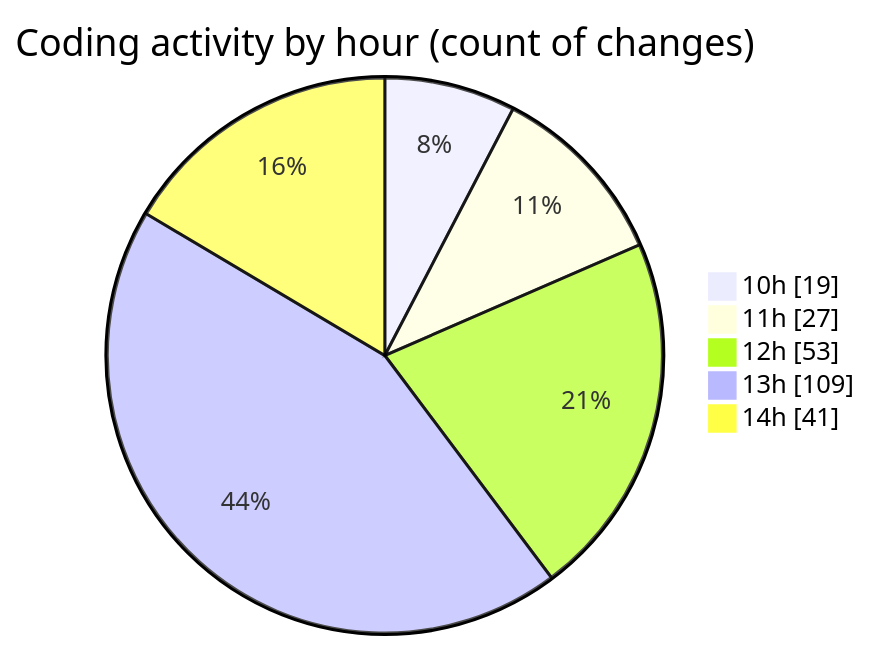
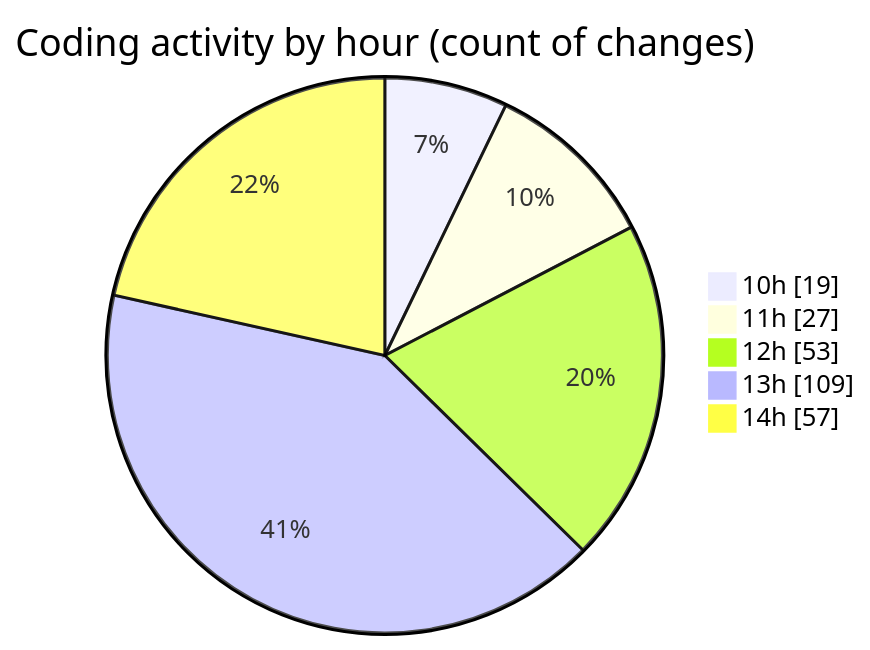
Before and after one commit to momahboobian/code-tracking: the second of 2 diagrams in 2025-03-18/cda/README.md, drawn with Mermaid. The commit also changed other lines of this file and 1 other file, not shown here.

````diff
--- a/2025-03-18/cda/README.md
+++ b/2025-03-18/cda/README.md
@@ -42,9 +42,9 @@
 ```mermaid
 pie showData
 title Coding activity by hour (count of changes)
 "10h" : 19
 "11h" : 27
 "12h" : 53
 "13h" : 109
-"14h" : 41
+"14h" : 57
 ```
````
